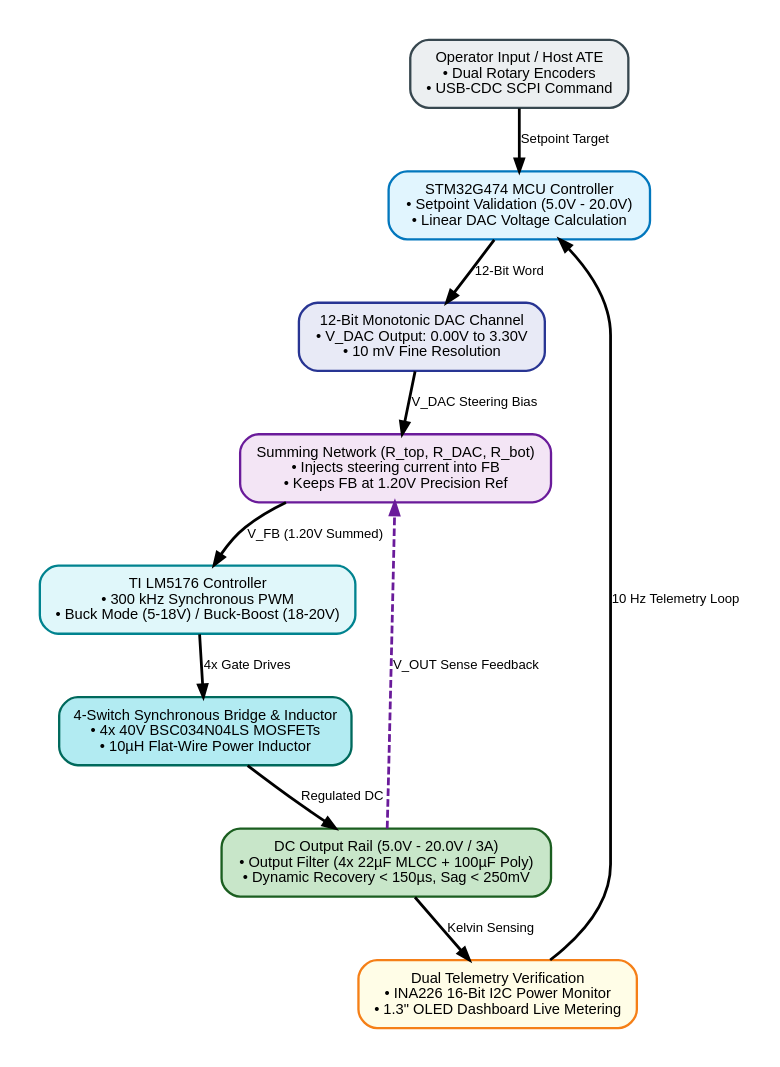
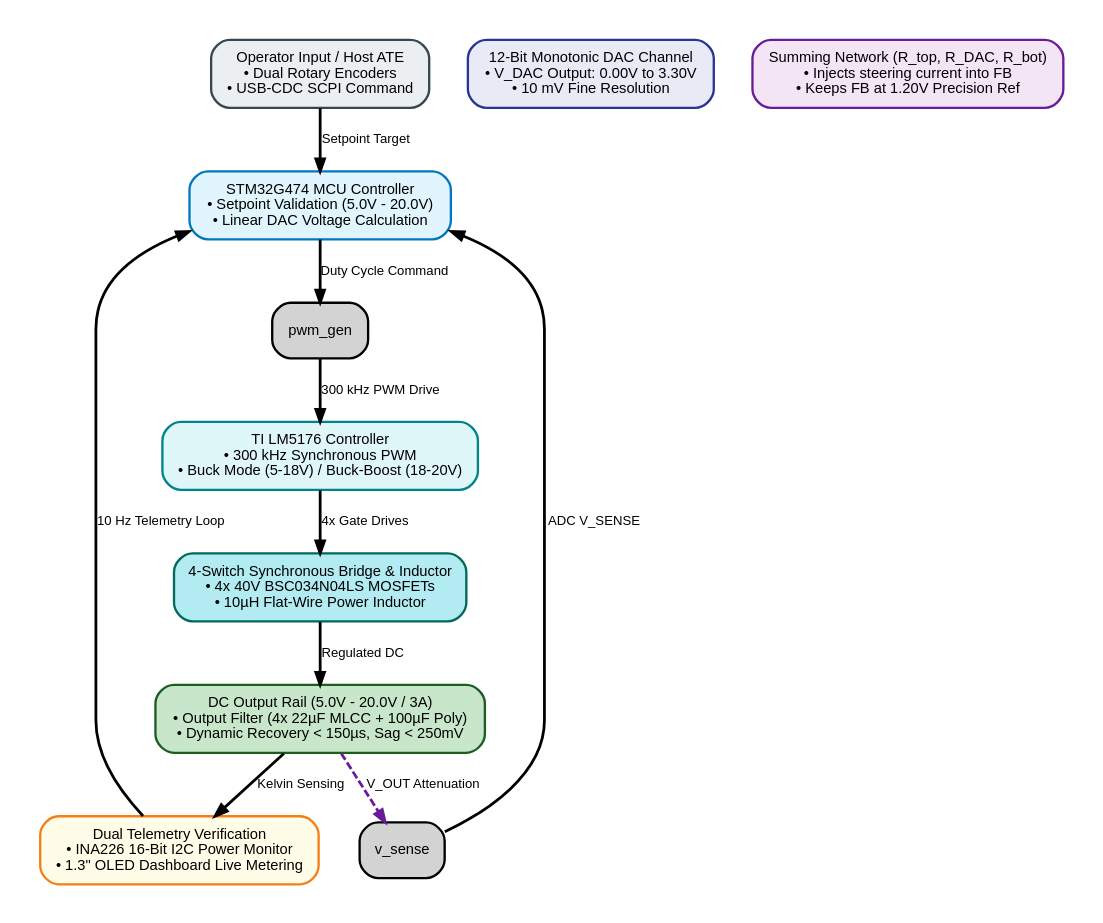
The diagram in final_prd_staging/diagrams/figure2_usecase_cv_dynamic_response.dot (tthongs/av_iv), drawn with Graphviz before and after one commit. The commit also changed 32 other files, not shown here.

Commit message:
feat: trash voltage steering, transition to direct PWM duty cycle voltage control, and regenerate connections diagram

```diff
--- a/final_prd_staging/diagrams/figure2_usecase_cv_dynamic_response.dot
+++ b/final_prd_staging/diagrams/figure2_usecase_cv_dynamic_response.dot
@@ -1,47 +1,47 @@
 digraph Figure2UseCaseCV {
     graph [
         rankdir=TB,
         bgcolor="#FFFFFF",
         compound=true,
         fontname="Helvetica, Arial, sans-serif",
         fontsize=12,
         nodesep=0.35,
         ranksep=0.45,
         pad="0.25,0.25"
     ];
 
     node [
         fontname="Helvetica, Arial, sans-serif",
         fontsize=9.5,
         shape=box,
         style="filled,rounded",
         margin="0.14,0.10",
         penwidth=1.5
     ];
 
     edge [
         fontname="Helvetica, Arial, sans-serif",
         fontsize=8.5,
         penwidth=1.8,
         arrowsize=0.8
     ];
 
     user [label="Operator Input / Host ATE\n• Dual Rotary Encoders\n• USB-CDC SCPI Command", fillcolor="#ECEFF1", color="#37474F"];
     mcu [label="STM32G474 MCU Controller\n• Setpoint Validation (5.0V - 20.0V)\n• Linear DAC Voltage Calculation", fillcolor="#E1F5FE", color="#0277BD"];
     dac [label="12-Bit Monotonic DAC Channel\n• V_DAC Output: 0.00V to 3.30V\n• 10 mV Fine Resolution", fillcolor="#E8EAF6", color="#283593"];
     sum [label="Summing Network (R_top, R_DAC, R_bot)\n• Injects steering current into FB\n• Keeps FB at 1.20V Precision Ref", fillcolor="#F3E5F5", color="#6A1B9A"];
     lm5176 [label="TI LM5176 Controller\n• 300 kHz Synchronous PWM\n• Buck Mode (5-18V) / Buck-Boost (18-20V)", fillcolor="#E0F7FA", color="#00838F"];
     power_stage [label="4-Switch Synchronous Bridge & Inductor\n• 4x 40V BSC034N04LS MOSFETs\n• 10µH Flat-Wire Power Inductor", fillcolor="#B2EBF2", color="#00695C"];
     out_rail [label="DC Output Rail (5.0V - 20.0V / 3A)\n• Output Filter (4x 22µF MLCC + 100µF Poly)\n• Dynamic Recovery < 150µs, Sag < 250mV", fillcolor="#C8E6C9", color="#1B5E20"];
     telemetry [label="Dual Telemetry Verification\n• INA226 16-Bit I2C Power Monitor\n• 1.3\" OLED Dashboard Live Metering", fillcolor="#FFFDE7", color="#F57F17"];
 
     user -> mcu [label=" Setpoint Target"];
-    mcu -> dac [label=" 12-Bit Word"];
-    dac -> sum [label=" V_DAC Steering Bias"];
-    sum -> lm5176 [label=" V_FB (1.20V Summed)"];
+    mcu -> pwm_gen [label=" Duty Cycle Command"];
+    pwm_gen -> lm5176 [label=" 300 kHz PWM Drive"];
     lm5176 -> power_stage [label=" 4x Gate Drives"];
     power_stage -> out_rail [label=" Regulated DC"];
     out_rail -> telemetry [label=" Kelvin Sensing"];
     telemetry -> mcu [label=" 10 Hz Telemetry Loop"];
-    out_rail -> sum [label=" V_OUT Sense Feedback", style="dashed", color="#6A1B9A"];
+    out_rail -> v_sense [label=" V_OUT Attenuation", style="dashed", color="#6A1B9A"];
+    v_sense -> mcu [label=" ADC V_SENSE"];
 }
```
